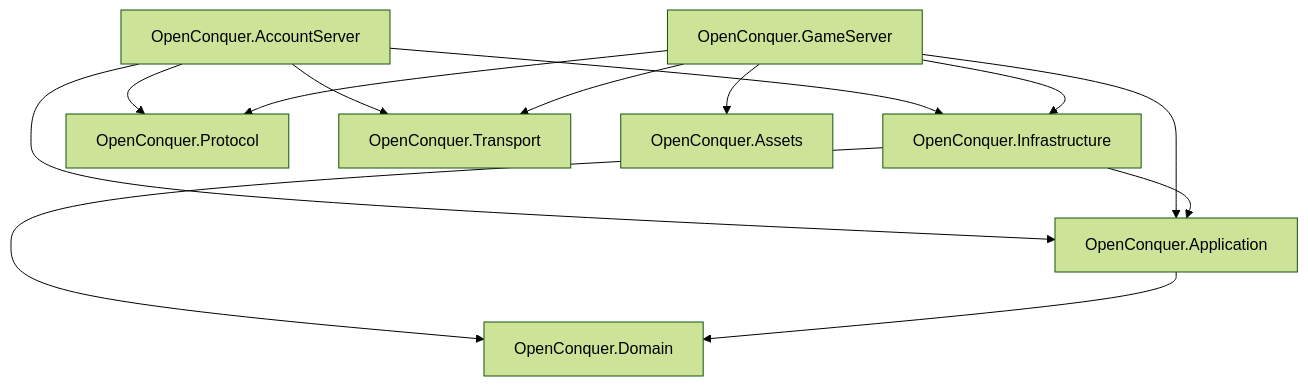
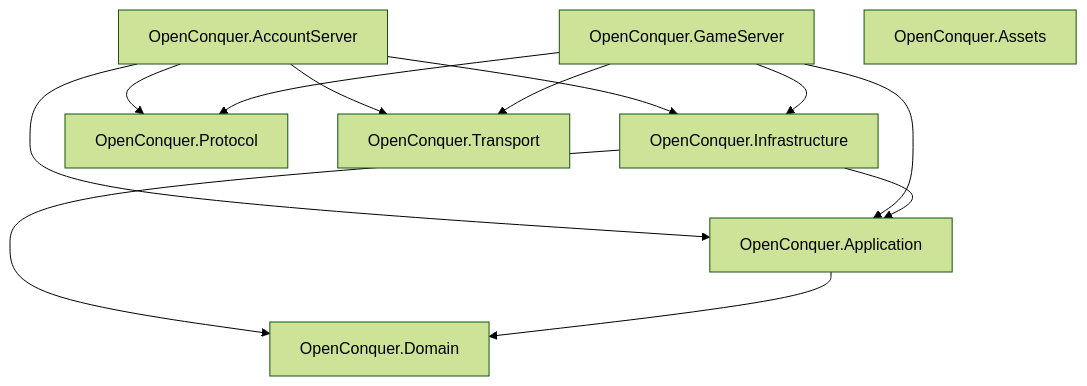
Before and after one commit to berniemackie97/OpenConquerServer: the diagram in README.md, drawn with Mermaid (forest theme). The commit also changed other lines of this file and 12 other files, not shown here.

Commit message:
Wire canonical item type catalog into GameServer (#92)

````diff
--- a/README.md
+++ b/README.md
@@ -22,28 +22,27 @@
 ```mermaid
 flowchart TD
     AccountServer["OpenConquer.AccountServer"]
     GameServer["OpenConquer.GameServer"]
 
     Application["OpenConquer.Application"]
     Domain["OpenConquer.Domain"]
     Infrastructure["OpenConquer.Infrastructure"]
 
     Protocol["OpenConquer.Protocol"]
     Transport["OpenConquer.Transport"]
     Assets["OpenConquer.Assets"]
 
     AccountServer --> Application
     AccountServer --> Infrastructure
     AccountServer --> Protocol
     AccountServer --> Transport
 
     GameServer --> Application
     GameServer --> Infrastructure
     GameServer --> Protocol
     GameServer --> Transport
-    GameServer --> Assets
 
     Infrastructure --> Application
     Infrastructure --> Domain
     Application --> Domain
 ```
````
